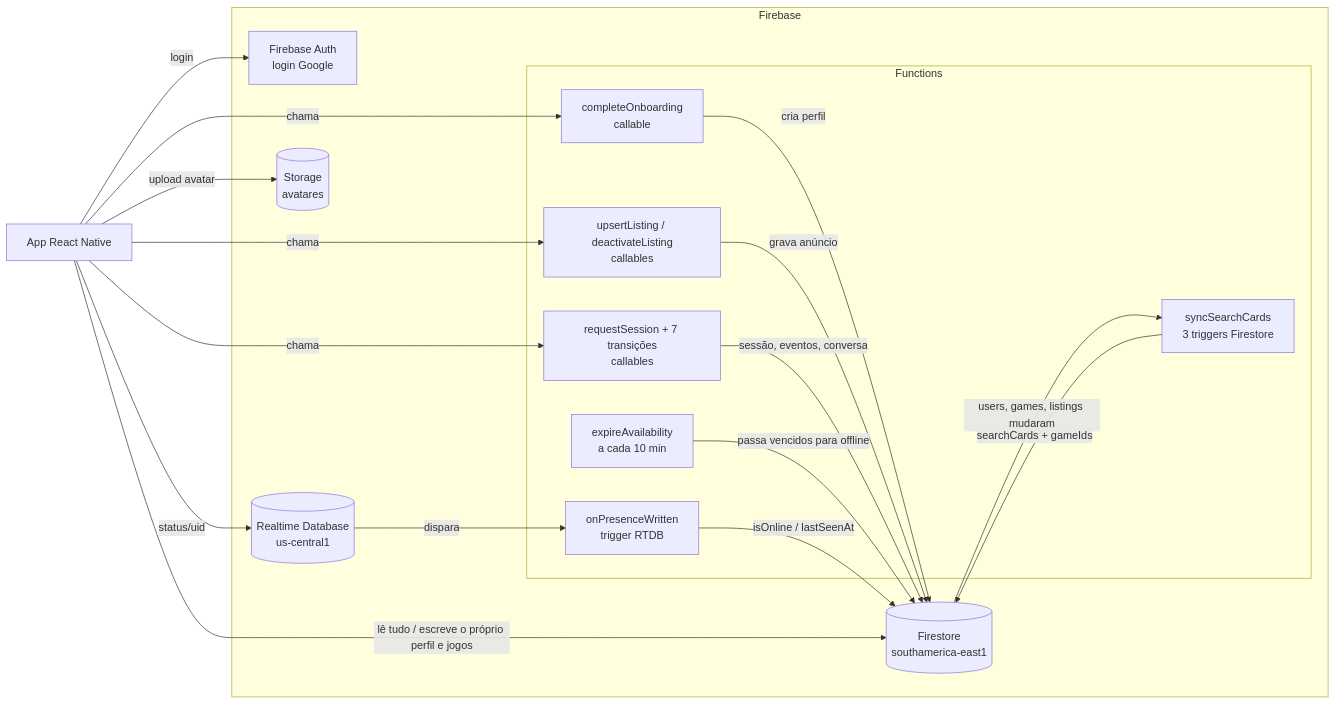
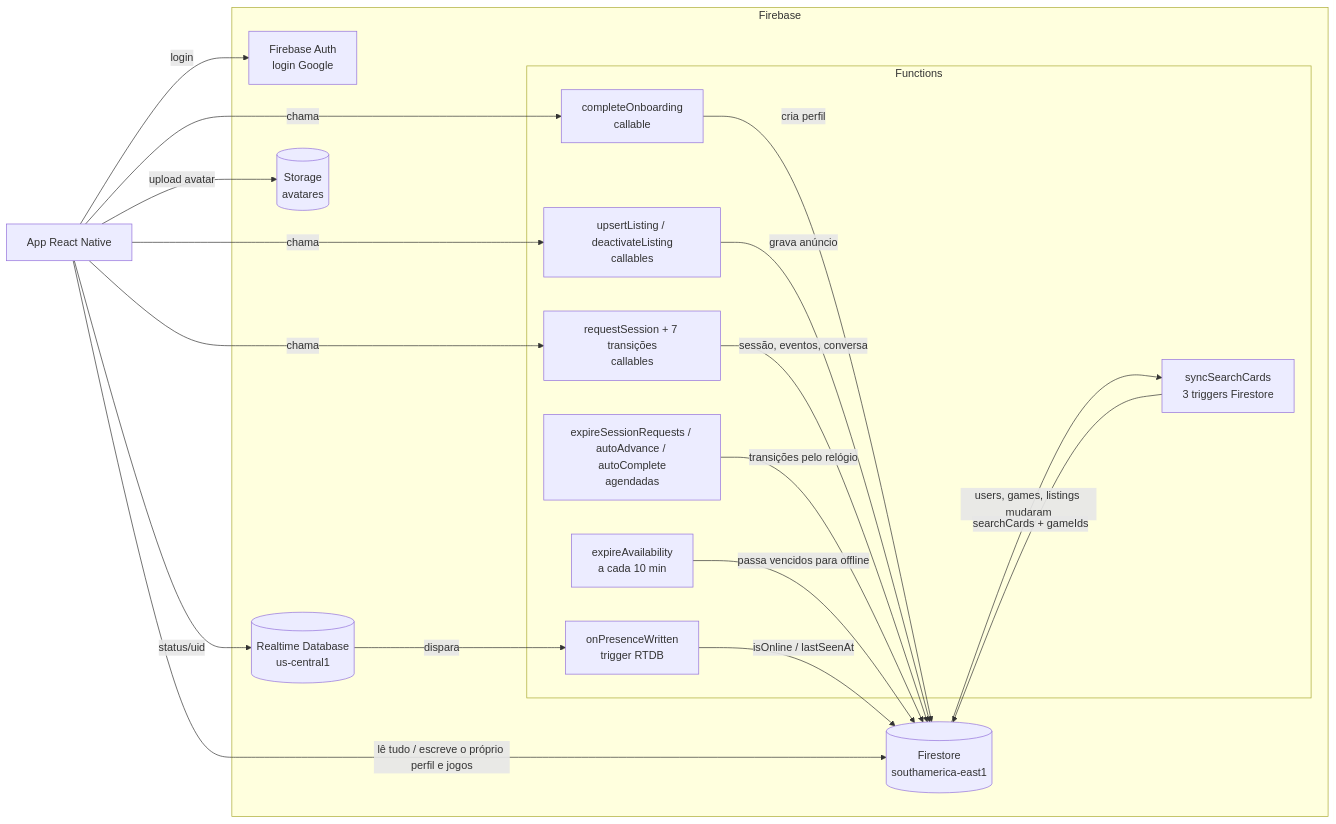
One commit to BMTeam-dev/player_two_backend changed the diagram in docs/DOCs.md. Above: the diagram before and after it, drawn with Mermaid. The commit also changed other lines of this file and 11 other files, not shown here.

````diff
--- a/docs/DOCs.md
+++ b/docs/DOCs.md
@@ -43,35 +43,37 @@
 ```mermaid
 flowchart LR
   App[App React Native]
 
   subgraph Firebase
     Auth[Firebase Auth<br/>login Google]
     FS[(Firestore<br/>southamerica-east1)]
     RTDB[(Realtime Database<br/>us-central1)]
     ST[(Storage<br/>avatares)]
     subgraph Functions
       CO[completeOnboarding<br/>callable]
       EA[expireAvailability<br/>a cada 10 min]
       PW[onPresenceWritten<br/>trigger RTDB]
       SC[syncSearchCards<br/>3 triggers Firestore]
       LI[upsertListing / deactivateListing<br/>callables]
       SE[requestSession + 7 transições<br/>callables]
+      SA[expireSessionRequests / autoAdvance / autoComplete<br/>agendadas]
     end
   end
 
   App -- login --> Auth
   App -- lê tudo / escreve o próprio perfil e jogos --> FS
   App -- status/uid --> RTDB
   App -- upload avatar --> ST
   App -- chama --> CO
   CO -- cria perfil --> FS
   App -- chama --> LI
   LI -- grava anúncio --> FS
   App -- chama --> SE
   SE -- sessão, eventos, conversa --> FS
+  SA -- transições pelo relógio --> FS
   EA -- passa vencidos para offline --> FS
   RTDB -- dispara --> PW
   PW -- isOnline / lastSeenAt --> FS
   FS -- users, games, listings mudaram --> SC
   SC -- searchCards + gameIds --> FS
 ```
````
